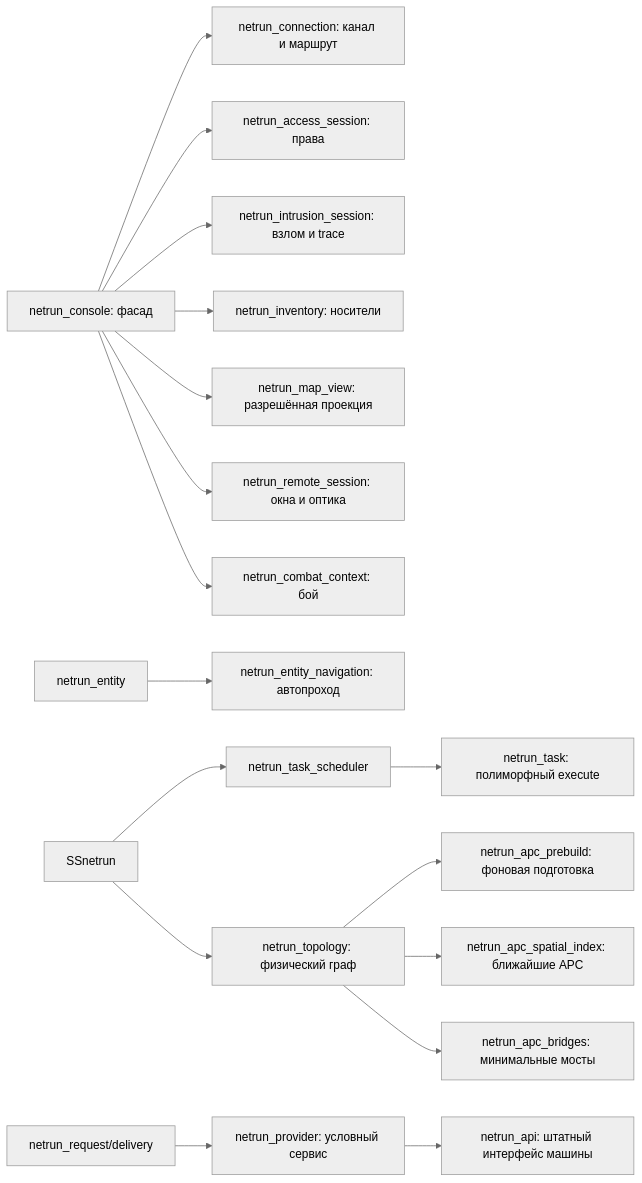
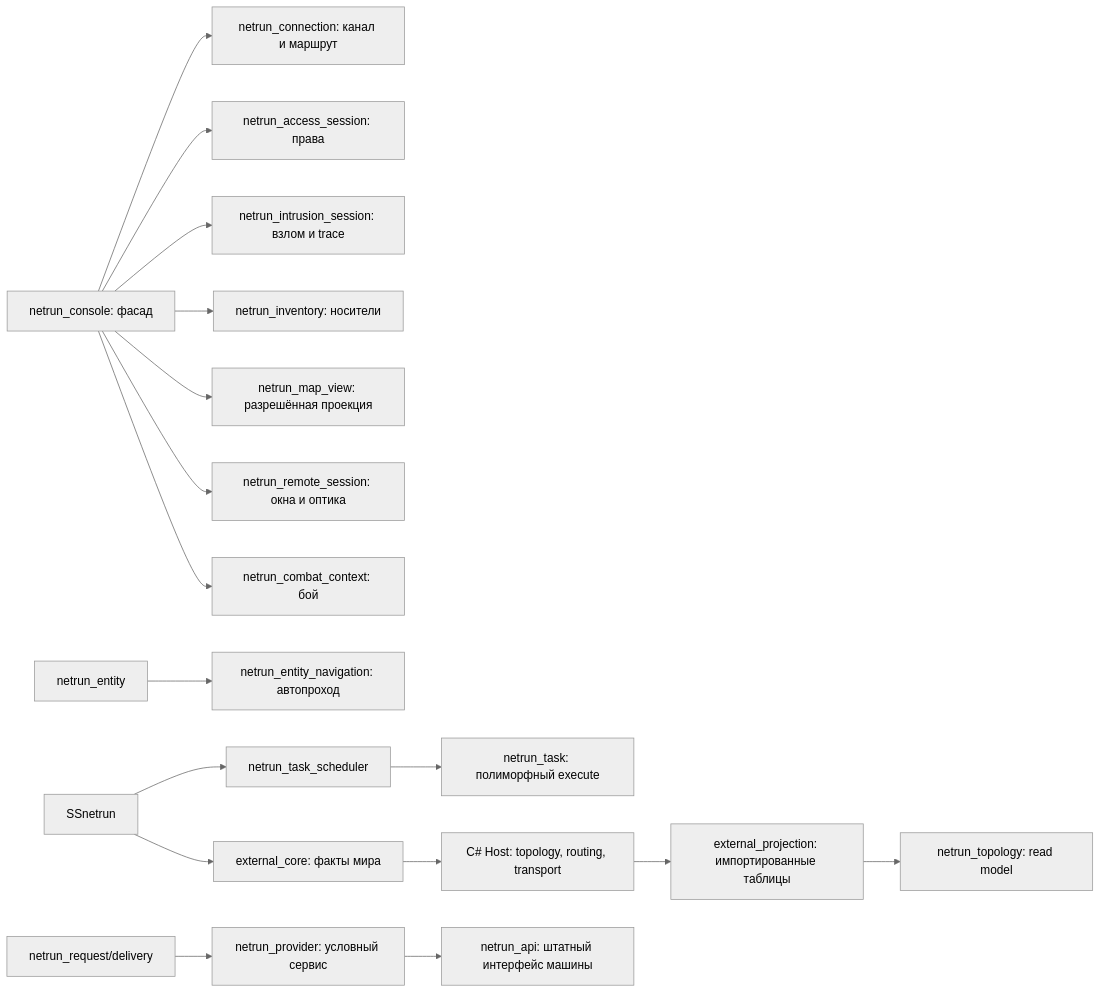
One commit to BlueMoon-Labs/BlueMoon-Station changed the diagram in modular_bluemoon/code/modules/netrun/DEVELOPMENT.md. Above: the diagram before and after it, drawn with Mermaid (neutral theme). The commit also changed other lines of this file and 100 other files, not shown here.

First line of the commit message:
Move NETRUN authority to Core and repair deployment assets

````diff
--- a/modular_bluemoon/code/modules/netrun/DEVELOPMENT.md
+++ b/modular_bluemoon/code/modules/netrun/DEVELOPMENT.md
@@ -65,19 +65,19 @@
 ```mermaid
 flowchart LR
   Console[netrun_console: фасад] --> Connection[netrun_connection: канал и маршрут]
   Console --> Access[netrun_access_session: права]
   Console --> Intrusion[netrun_intrusion_session: взлом и trace]
   Console --> Inventory[netrun_inventory: носители]
   Console --> Map[netrun_map_view: разрешённая проекция]
   Console --> Remote[netrun_remote_session: окна и оптика]
   Console --> Combat[netrun_combat_context: бой]
   Entity[netrun_entity] --> Navigation[netrun_entity_navigation: автопроход]
   SS[SSnetrun] --> Scheduler[netrun_task_scheduler]
   Scheduler --> Task[netrun_task: полиморфный execute]
-  SS --> Topology[netrun_topology: физический граф]
-  Topology --> Prebuild[netrun_apc_prebuild: фоновая подготовка]
-  Topology --> Spatial[netrun_apc_spatial_index: ближайшие APC]
-  Topology --> Bridges[netrun_apc_bridges: минимальные мосты]
+  SS --> Export[external_core: факты мира]
+  Export --> Core[C# Host: topology, routing, transport]
+  Core --> Projection[external_projection: импортированные таблицы]
+  Projection --> Topology[netrun_topology: read model]
   Packet[netrun_request/delivery] --> Provider[netrun_provider: условный сервис]
   Provider --> API[netrun_api: штатный интерфейс машины]
 ```
````
